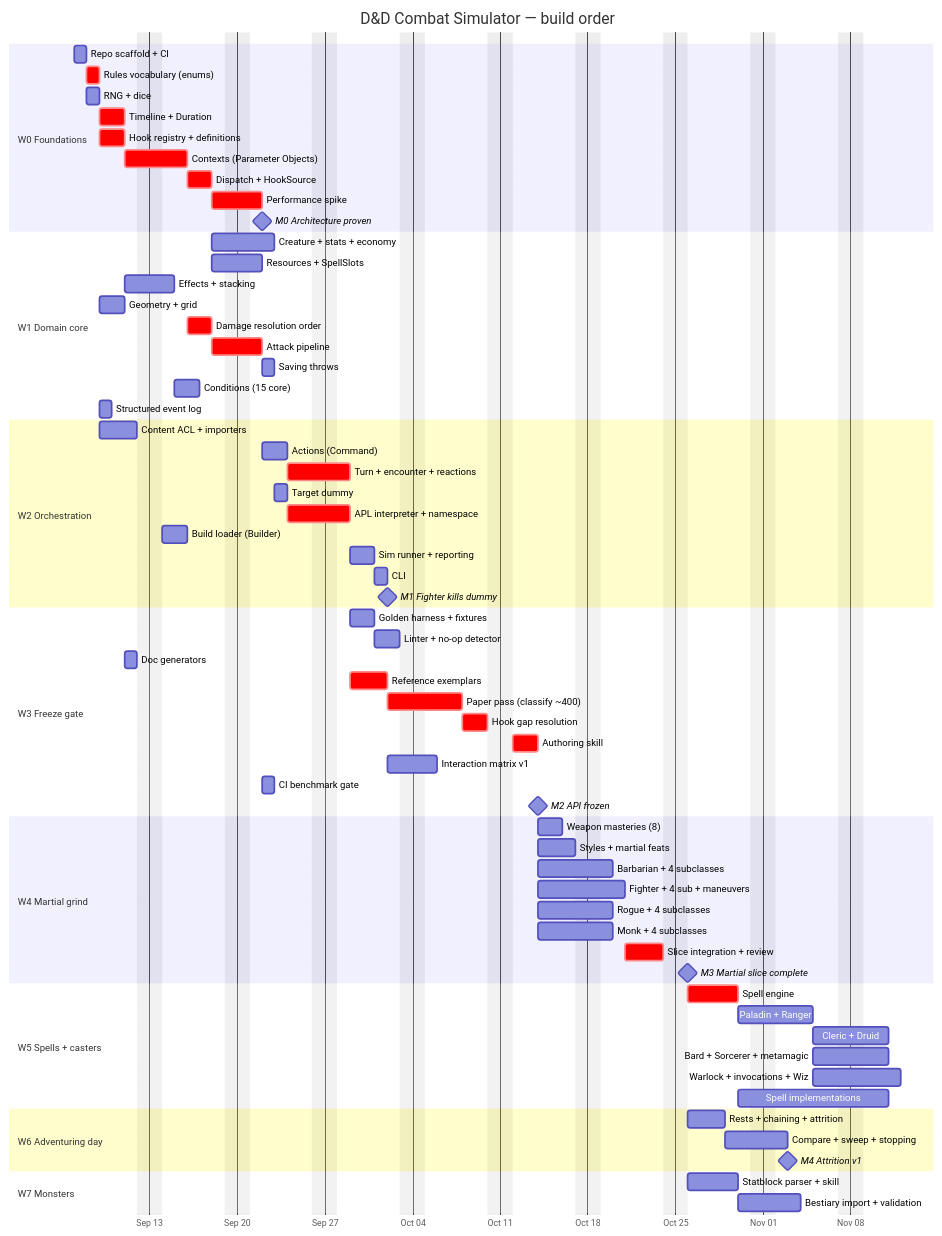
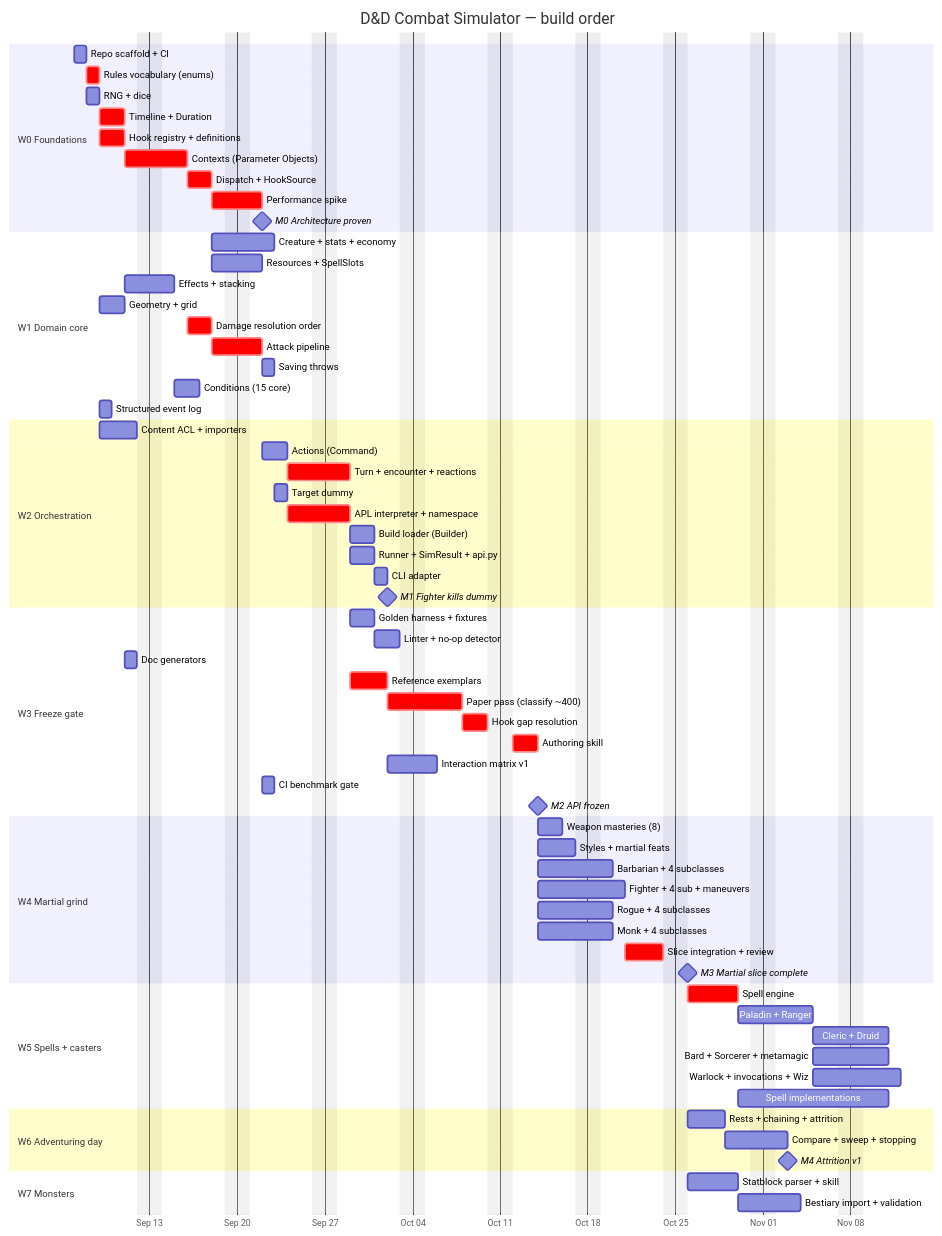
One commit to Luguza/DnD-Simulator changed the diagram in ROADMAP.md. Above: the diagram before and after it, drawn with Mermaid. The commit also changed other lines of this file and 1 other file, not shown here.

First line of the commit message:
Refine design and roadmap; fix cross-document inconsistencies

````diff
--- a/ROADMAP.md
+++ b/ROADMAP.md
@@ -40,79 +46,79 @@
 ```mermaid
 gantt
     title D&D Combat Simulator — build order
     dateFormat YYYY-MM-DD
     axisFormat %b %d
     excludes weekends
 
     section W0 Foundations
     Repo scaffold + CI            :        w0a, 2026-09-07, 1d
     Rules vocabulary (enums)      :crit,   w0b, after w0a, 1d
     RNG + dice                    :        w0c, after w0a, 1d
     Timeline + Duration           :crit,   w0d, after w0b, 2d
     Hook registry + definitions   :crit,   w0e, after w0b, 2d
     Contexts (Parameter Objects)  :crit,   w0f, after w0e, 3d
     Dispatch + HookSource         :crit,   w0g, after w0f, 2d
     Performance spike             :crit,   w0h, after w0g, 2d
     M0 Architecture proven        :milestone, m0, after w0h, 0d
 
     section W1 Domain core
     Creature + stats + economy    :        w1a, after w0g, 3d
     Resources + SpellSlots        :        w1b, after w0g, 2d
     Effects + stacking            :        w1c, after w0d, 2d
     Geometry + grid               :        w1d, after w0c, 2d
     Damage resolution order       :crit,   w1e, after w0f, 2d
     Attack pipeline               :crit,   w1f, after w1e, 2d
     Saving throws                 :        w1g, after w1f, 1d
     Conditions (15 core)          :        w1h, after w1c, 2d
     Structured event log          :        w1i, after w0c, 1d
 
     section W2 Orchestration
     Content ACL + importers       :        w2a, after w0b, 3d
     Actions (Command)             :        w2b, after w1f, 2d
     Turn + encounter + reactions  :crit,   w2c, after w2b, 3d
     Target dummy                  :        w2d, after w1a, 1d
     APL interpreter + namespace   :crit,   w2e, after w2b, 3d
-    Build loader (Builder)        :        w2f, after w2a, 2d
-    Sim runner + reporting        :        w2g, after w2c, 2d
-    CLI                           :        w2h, after w2g, 1d
+    Build loader (Builder)        :        w2f, after w2a w2e, 2d
+    Runner + SimResult + api.py   :        w2g, after w2c, 2d
+    CLI adapter                   :        w2h, after w2g, 1d
     M1 Fighter kills dummy        :milestone, m1, after w2h, 0d
 
     section W3 Freeze gate
     Golden harness + fixtures     :        w3a, after w2c, 2d
     Linter + no-op detector       :        w3b, after w3a, 2d
     Doc generators                :        w3c, after w0e, 1d
     Reference exemplars           :crit,   w3d, after w2e, 3d
     Paper pass (classify ~400)    :crit,   w3e, after w3d, 4d
     Hook gap resolution           :crit,   w3f, after w3e, 2d
     Authoring skill               :crit,   w3g, after w3f, 2d
     Interaction matrix v1         :        w3h, after w3d, 2d
     CI benchmark gate             :        w3i, after w0h, 1d
     M2 API frozen                 :milestone, m2, after w3g, 0d
 
     section W4 Martial grind
     Weapon masteries (8)          :        w4a, after w3g, 2d
     Styles + martial feats        :        w4b, after w3g, 3d
     Barbarian + 4 subclasses      :        w4c, after w3g, 4d
     Fighter + 4 sub + maneuvers   :        w4d, after w3g, 5d
     Rogue + 4 subclasses          :        w4e, after w3g, 4d
     Monk + 4 subclasses           :        w4f, after w3g, 4d
-    Slice integration + review    :crit,   w4g, after w4c w4d w4e w4f, 3d
+    Slice integration + review    :crit,   w4g, after w4a w4b w4c w4d w4e w4f, 3d
     M3 Martial slice complete     :milestone, m3, after w4g, 0d
 
     section W5 Spells + casters
     Spell engine                  :crit,   w5a, after w4g, 4d
     Paladin + Ranger              :        w5b, after w5a, 4d
     Cleric + Druid                :        w5c, after w5b, 4d
     Bard + Sorcerer + metamagic   :        w5d, after w5b, 4d
     Warlock + invocations + Wiz   :        w5e, after w5b, 5d
     Spell implementations         :        w5f, after w5a, 8d
 
     section W6 Adventuring day
     Rests + chaining + attrition  :        w6a, after w4g, 3d
     Compare + sweep + stopping    :        w6b, after w6a, 3d
     M4 Attrition v1               :milestone, m4, after w6b, 0d
 
     section W7 Monsters
     Statblock parser + skill      :        w7a, after w4g, 4d
     Bestiary import + validation  :        w7b, after w7a, 3d
 ```
````
